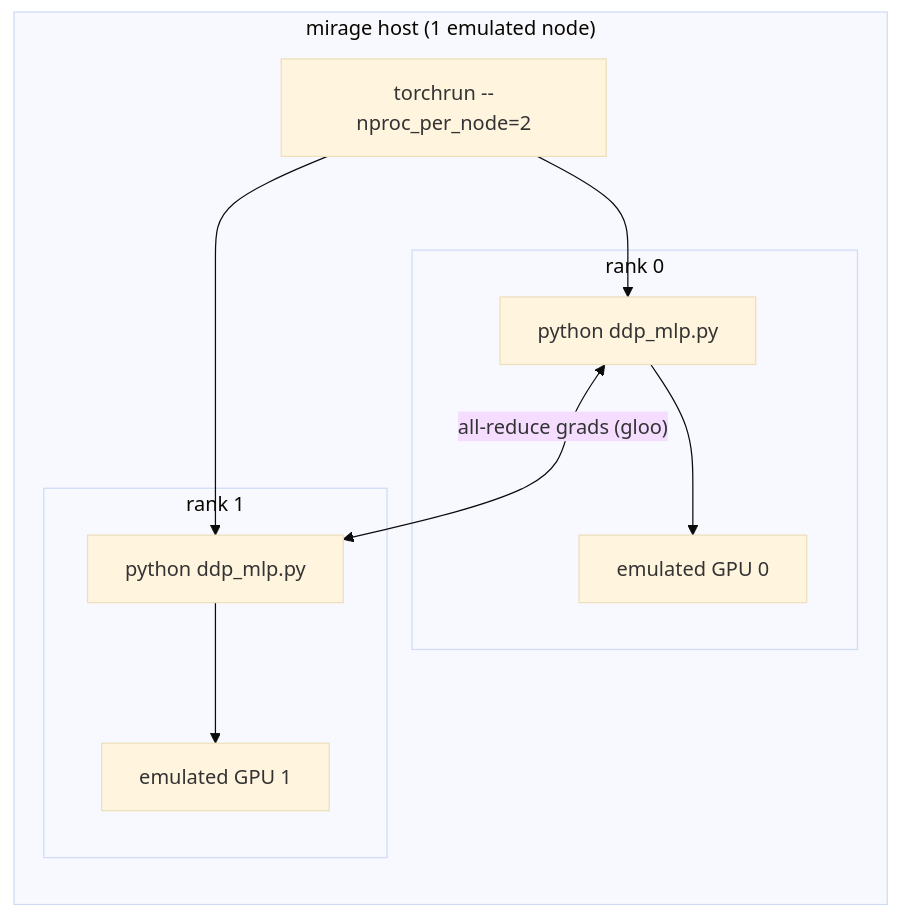
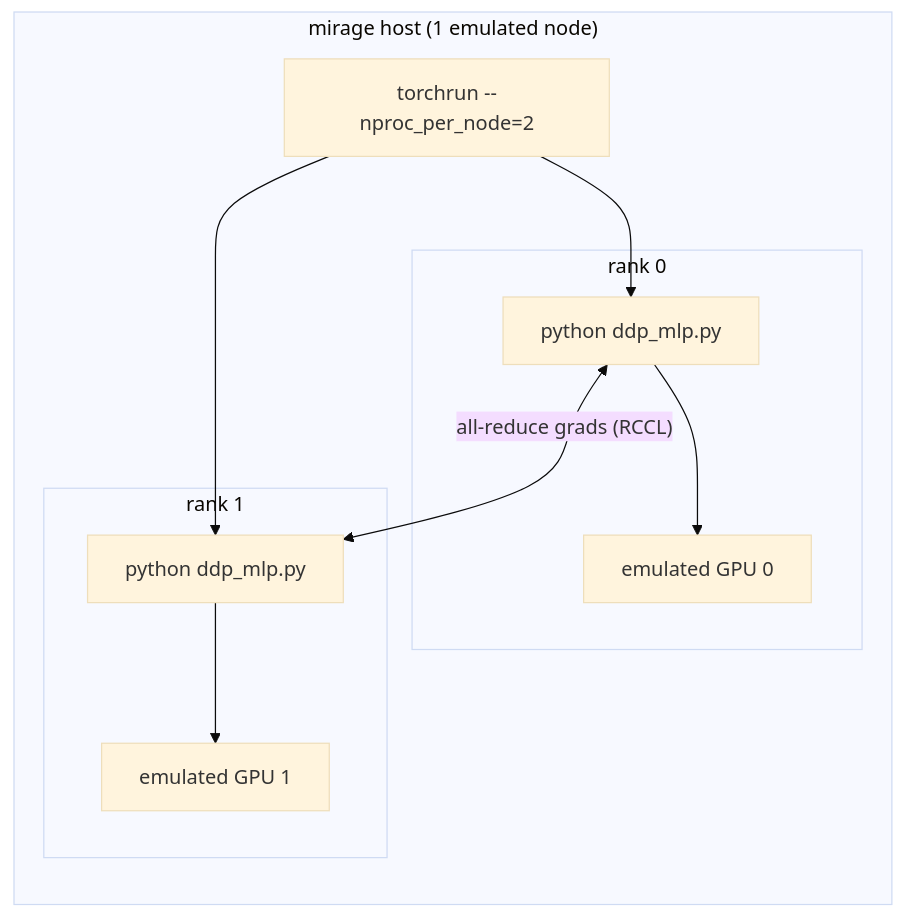
Before and after one commit to ROCm/rocm-systems: the diagram in emulation/mirage/docs/ddp-training.md, drawn with Mermaid (base theme). The commit also changed other lines of this file and 2 other files, not shown here.

````diff
--- a/emulation/mirage/docs/ddp-training.md
+++ b/emulation/mirage/docs/ddp-training.md
@@ -47,15 +47,15 @@
 ```mermaid
 flowchart LR
   subgraph host["mirage host (1 emulated node)"]
     tr["torchrun --nproc_per_node=2"]
     subgraph r0["rank 0"]
       p0["python ddp_mlp.py"] --> g0["emulated GPU 0"]
     end
     subgraph r1["rank 1"]
       p1["python ddp_mlp.py"] --> g1["emulated GPU 1"]
     end
     tr --> p0
     tr --> p1
-    p0 <-- "all-reduce grads (gloo)" --> p1
+    p0 <-- "all-reduce grads (RCCL)" --> p1
   end
 ```
````
